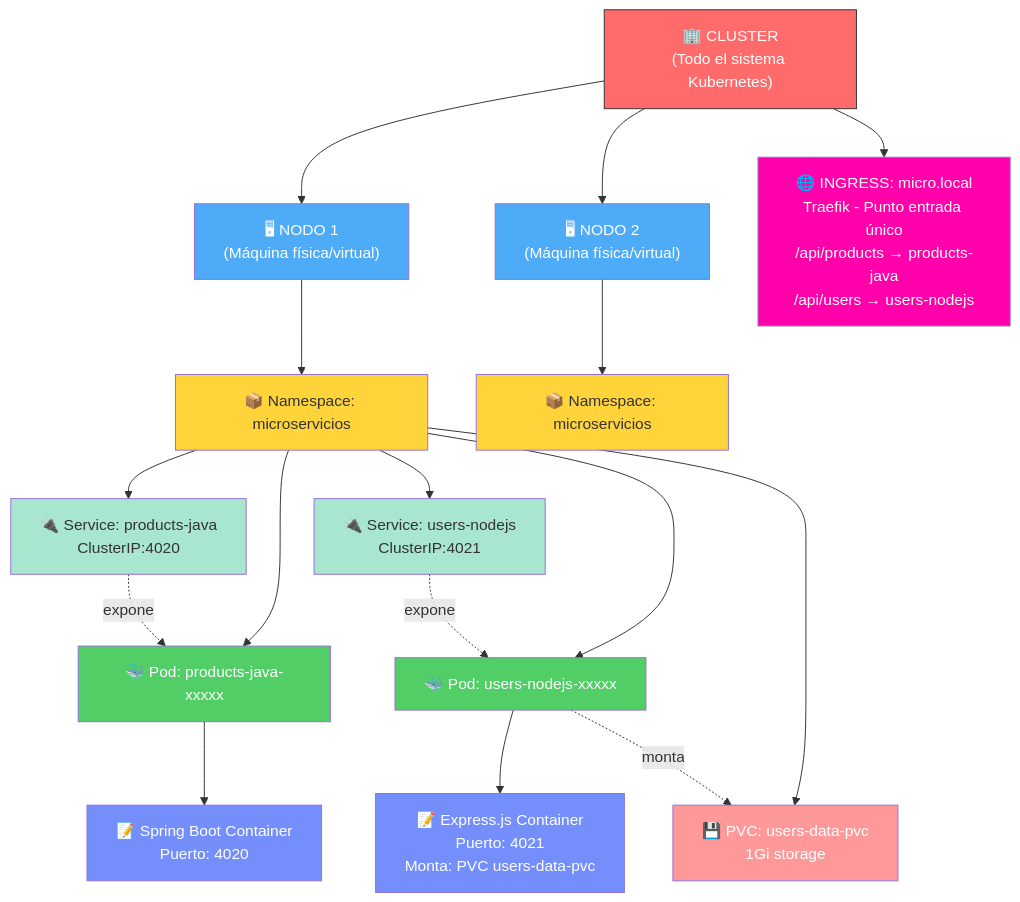
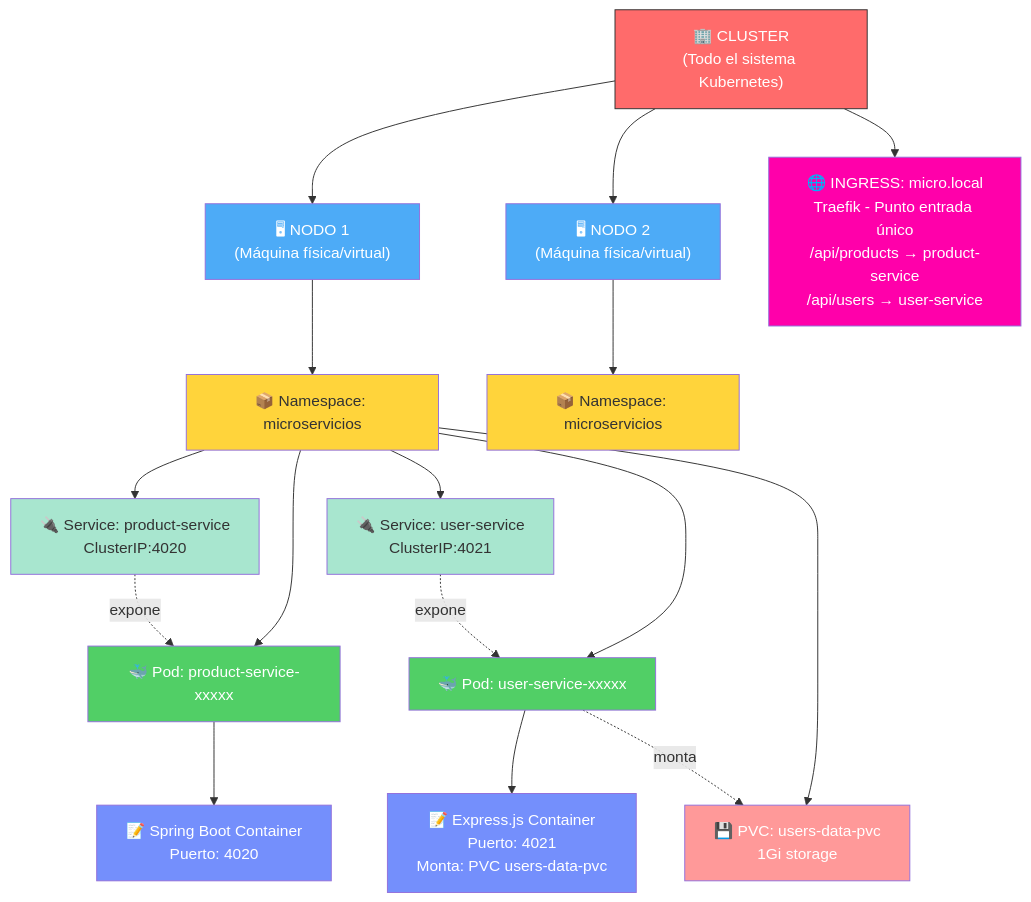
Before and after one commit to docentedev/IaC-example: the seventh of 20 diagrams in README.md, drawn with Mermaid. The commit also changed other lines of this file and 60 other files, not shown here.

````diff
--- a/README.md
+++ b/README.md
@@ -733,38 +736,38 @@
 ```mermaid
 flowchart TD
     CLUSTER["🏢 CLUSTER<br/>(Todo el sistema Kubernetes)"]
     
     CLUSTER --> NODO1["🖥 NODO 1<br/>(Máquina física/virtual)"]
     CLUSTER --> NODO2["🖥 NODO 2<br/>(Máquina física/virtual)"]
-    CLUSTER --> INGRESS["🌐 INGRESS: micro.local<br/>Traefik - Punto entrada único<br/>/api/products → products-java<br/>/api/users → users-nodejs"]
+    CLUSTER --> INGRESS["🌐 INGRESS: micro.local<br/>Traefik - Punto entrada único<br/>/api/products → product-service<br/>/api/users → user-service"]
     
     NODO1 --> NS1["📦 Namespace: microservicios"]
     NODO2 --> NS2["📦 Namespace: microservicios"]
     
-    NS1 --> POD1["🐳 Pod: products-java-xxxxx"]
-    NS1 --> POD2["🐳 Pod: users-nodejs-xxxxx"]
-    NS1 --> SVC1["🔌 Service: products-java<br/>ClusterIP:4020"]
-    NS1 --> SVC2["🔌 Service: users-nodejs<br/>ClusterIP:4021"]
+    NS1 --> POD1["🐳 Pod: product-service-xxxxx"]
+    NS1 --> POD2["🐳 Pod: user-service-xxxxx"]
+    NS1 --> SVC1["🔌 Service: product-service<br/>ClusterIP:4020"]
+    NS1 --> SVC2["🔌 Service: user-service<br/>ClusterIP:4021"]
     NS1 --> PVC["💾 PVC: users-data-pvc<br/>1Gi storage"]
     
     POD1 --> CONT1["📝 Spring Boot Container<br/>Puerto: 4020"]
     POD2 --> CONT2["📝 Express.js Container<br/>Puerto: 4021<br/>Monta: PVC users-data-pvc"]
     
     SVC1 -.->|expone| POD1
     SVC2 -.->|expone| POD2
     POD2 -.->|monta| PVC
     
     style CLUSTER fill:#ff6b6b,stroke:#333,color:#fff
     style NODO1 fill:#4dabf7,color:#fff
     style NODO2 fill:#4dabf7,color:#fff
     style NS1 fill:#ffd43b,color:#333
     style NS2 fill:#ffd43b,color:#333
     style POD1 fill:#51cf66,color:#fff
     style POD2 fill:#51cf66,color:#fff
     style CONT1 fill:#748ffc,color:#fff
     style CONT2 fill:#748ffc,color:#fff
     style SVC1 fill:#a8e6cf,color:#333
     style SVC2 fill:#a8e6cf,color:#333
     style PVC fill:#ff9999,color:#fff
     style INGRESS fill:#f0a,color:#fff
 ```
````
